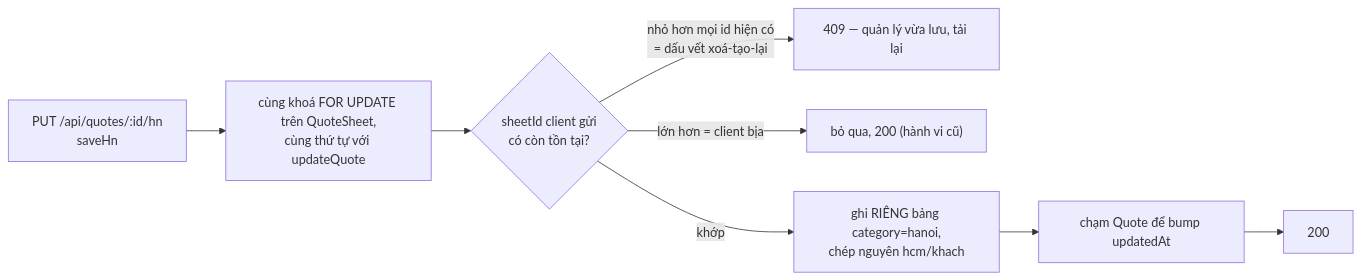
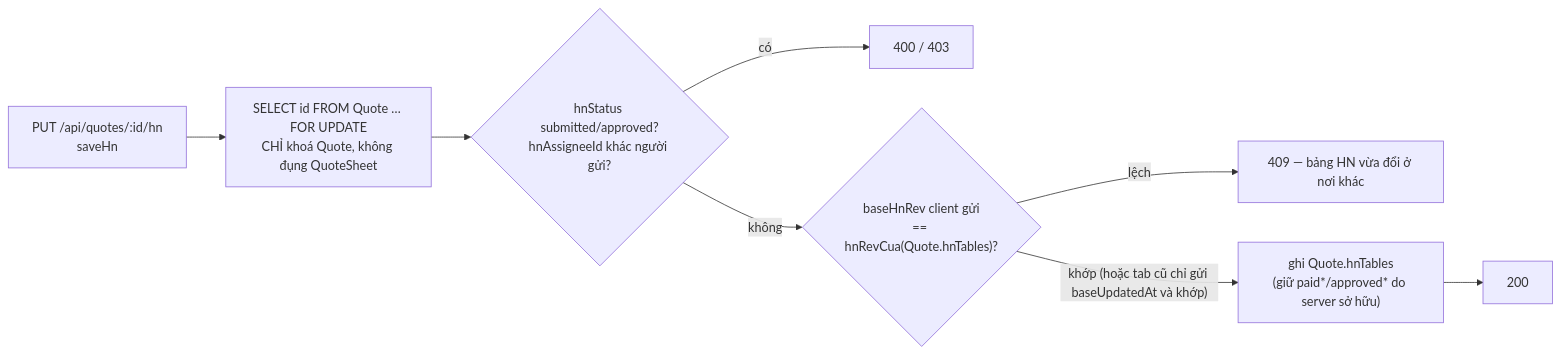
Before and after one commit to ndh0408/quanly-baogia: the second of 2 diagrams in docs/architecture/diagrams/quote-save.md, drawn with Mermaid. The commit also changed other lines of this file and 26 other files, not shown here.

````diff
--- a/docs/architecture/diagrams/quote-save.md
+++ b/docs/architecture/diagrams/quote-save.md
@@ -72,10 +77,10 @@
 ```mermaid
 flowchart LR
-    A["PUT /api/quotes/:id/hn<br/>saveHn"] --> L["cùng khoá FOR UPDATE trên QuoteSheet,<br/>cùng thứ tự với updateQuote"]
-    L --> C{"sheetId client gửi<br/>có còn tồn tại?"}
-    C -->|"nhỏ hơn mọi id hiện có<br/>= dấu vết xoá-tạo-lại"| E409["409 — quản lý vừa lưu, tải lại"]
-    C -->|"lớn hơn = client bịa"| SKIP["bỏ qua, 200 (hành vi cũ)"]
-    C -->|"khớp"| W["ghi RIÊNG bảng category=hanoi,<br/>chép nguyên hcm/khach"]
-    W --> BUMP["chạm Quote để bump updatedAt"]
-    BUMP --> OK["200"]
+    A["PUT /api/quotes/:id/hn<br/>saveHn"] --> L["SELECT id FROM Quote … FOR UPDATE<br/>CHỈ khoá Quote, không đụng QuoteSheet"]
+    L --> G{"hnStatus submitted/approved?<br/>hnAssigneeId khác người gửi?"}
+    G -->|"có"| E4["400 / 403"]
+    G -->|"không"| R{"baseHnRev client gửi<br/>== hnRevCua(Quote.hnTables)?"}
+    R -->|"lệch"| E409["409 — bảng HN vừa đổi ở nơi khác"]
+    R -->|"khớp (hoặc tab cũ chỉ gửi baseUpdatedAt và khớp)"| W["ghi Quote.hnTables<br/>(giữ paid*/approved* do server sở hữu)"]
+    W --> OK["200"]
 ```
````
